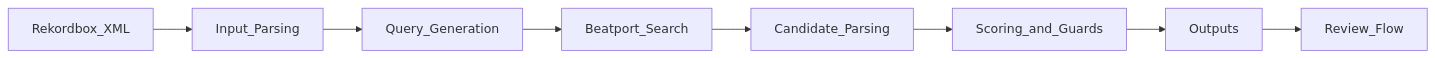
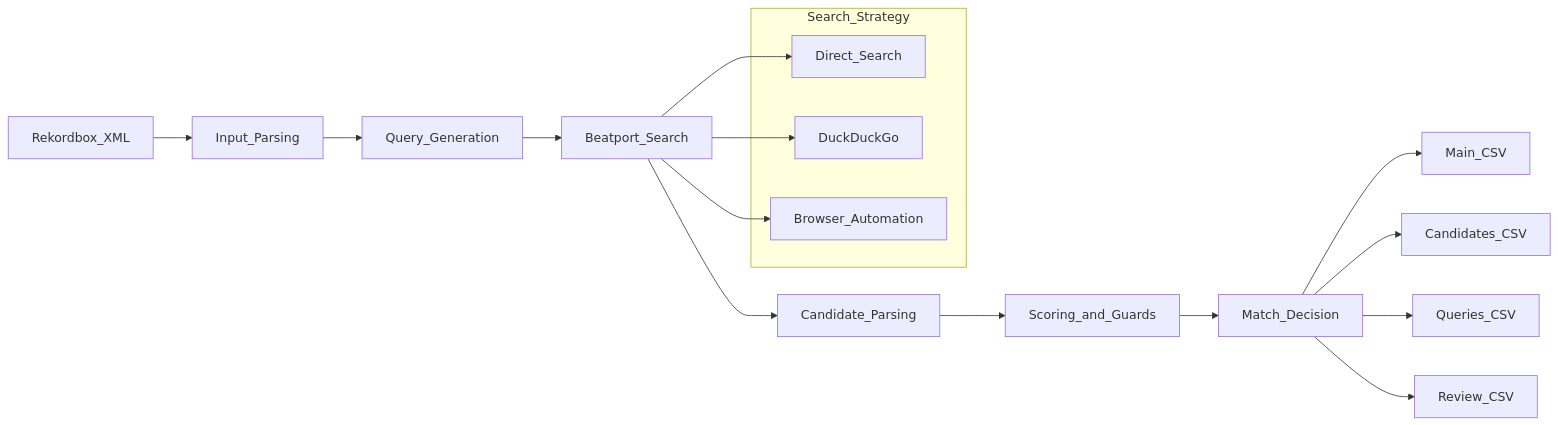
The diagram in README.md (stuchain/CuePoint), drawn with Mermaid before and after one commit. The commit also changed other lines of this file and 1 other file, not shown here.

````diff
--- a/README.md
+++ b/README.md
@@ -140,10 +140,22 @@
 ```mermaid
 flowchart LR
   RekordboxXML[Rekordbox_XML] --> Parser[Input_Parsing]
   Parser --> QueryGen[Query_Generation]
   QueryGen --> Search[Beatport_Search]
   Search --> Parse[Candidate_Parsing]
   Parse --> Scoring[Scoring_and_Guards]
-  Scoring --> Outputs[Outputs]
-  Outputs --> Review[Review_Flow]
+  Scoring --> Decision[Match_Decision]
+  Decision --> MainCSV[Main_CSV]
+  Decision --> CandidatesCSV[Candidates_CSV]
+  Decision --> QueriesCSV[Queries_CSV]
+  Decision --> ReviewCSV[Review_CSV]
+
+  subgraph Search_Strategy
+    Direct[Direct_Search]
+    DDG[DuckDuckGo]
+    Browser[Browser_Automation]
+  end
+  Search --> Direct
+  Search --> DDG
+  Search --> Browser
 ```
````
